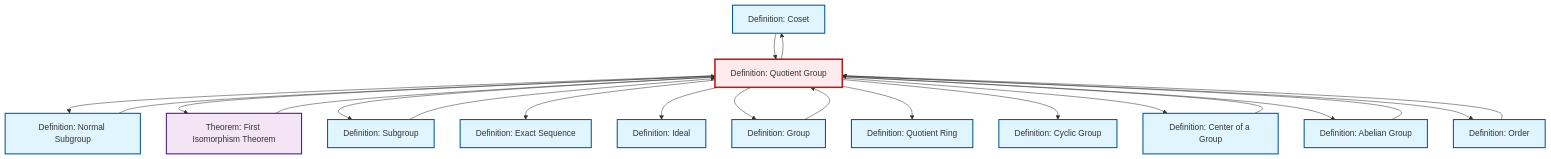
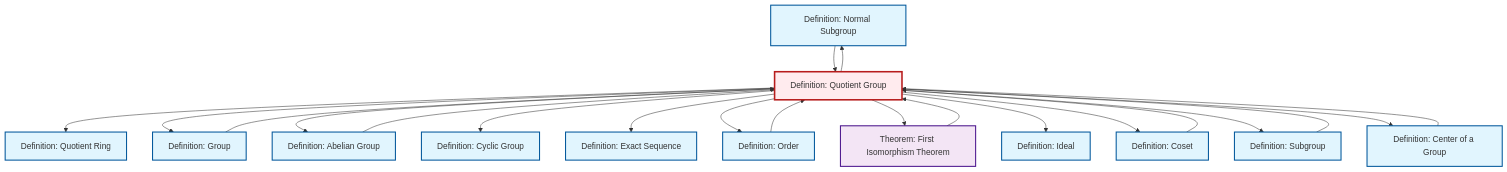
Before and after one commit to RK0429/ModernMath: the diagram in content/en/algebra/def-quotient-group.qmd, drawn with Mermaid. The commit also changed other lines of this file and 1069 other files, not shown here.

````diff
--- a/content/en/algebra/def-quotient-group.qmd
+++ b/content/en/algebra/def-quotient-group.qmd
@@ -150,55 +150,55 @@
 ```{mermaid}
 %%| fig-cap: "Local dependency graph"
 graph TD
     classDef definition fill:#e1f5fe,stroke:#01579b,stroke-width:2px
     classDef theorem fill:#f3e5f5,stroke:#4a148c,stroke-width:2px
     classDef axiom fill:#fff3e0,stroke:#e65100,stroke-width:2px
     classDef example fill:#e8f5e9,stroke:#1b5e20,stroke-width:2px
     classDef current fill:#ffebee,stroke:#b71c1c,stroke-width:3px
+    def-ideal["Definition: Ideal"]:::definition
+    def-cyclic-group["Definition: Cyclic Group"]:::definition
+    def-normal-subgroup["Definition: Normal Subgroup"]:::definition
+    def-quotient-ring["Definition: Quotient Ring"]:::definition
+    def-exact-sequence["Definition: Exact Sequence"]:::definition
+    def-order["Definition: Order"]:::definition
+    def-subgroup["Definition: Subgroup"]:::definition
+    thm-first-isomorphism["Theorem: First Isomorphism Theorem"]:::theorem
+    def-quotient-group["Definition: Quotient Group"]:::definition
+    def-abelian-group["Definition: Abelian Group"]:::definition
+    def-center-of-group["Definition: Center of a Group"]:::definition
     def-coset["Definition: Coset"]:::definition
-    def-cyclic-group["Definition: Cyclic Group"]:::definition
-    def-quotient-ring["Definition: Quotient Ring"]:::definition
-    thm-first-isomorphism["Theorem: First Isomorphism Theorem"]:::theorem
     def-group["Definition: Group"]:::definition
-    def-center-of-group["Definition: Center of a Group"]:::definition
-    def-order["Definition: Order"]:::definition
-    def-quotient-group["Definition: Quotient Group"]:::definition
-    def-subgroup["Definition: Subgroup"]:::definition
-    def-ideal["Definition: Ideal"]:::definition
-    def-normal-subgroup["Definition: Normal Subgroup"]:::definition
-    def-abelian-group["Definition: Abelian Group"]:::definition
-    def-exact-sequence["Definition: Exact Sequence"]:::definition
+    def-quotient-group --> def-quotient-ring
+    def-subgroup --> def-quotient-group
+    def-normal-subgroup --> def-quotient-group
+    def-quotient-group --> def-group
+    thm-first-isomorphism --> def-quotient-group
     def-quotient-group --> def-normal-subgroup
-    def-subgroup --> def-quotient-group
+    def-coset --> def-quotient-group
+    def-quotient-group --> def-abelian-group
+    def-quotient-group --> def-cyclic-group
+    def-quotient-group --> def-exact-sequence
+    def-quotient-group --> def-order
     def-quotient-group --> thm-first-isomorphism
+    def-quotient-group --> def-ideal
+    def-order --> def-quotient-group
+    def-group --> def-quotient-group
+    def-center-of-group --> def-quotient-group
+    def-quotient-group --> def-coset
     def-quotient-group --> def-subgroup
     def-abelian-group --> def-quotient-group
-    def-quotient-group --> def-exact-sequence
-    def-quotient-group --> def-ideal
-    thm-first-isomorphism --> def-quotient-group
-    def-quotient-group --> def-group
-    def-quotient-group --> def-quotient-ring
-    def-coset --> def-quotient-group
-    def-center-of-group --> def-quotient-group
-    def-quotient-group --> def-cyclic-group
-    def-order --> def-quotient-group
     def-quotient-group --> def-center-of-group
-    def-quotient-group --> def-coset
-    def-quotient-group --> def-abelian-group
-    def-quotient-group --> def-order
-    def-group --> def-quotient-group
-    def-normal-subgroup --> def-quotient-group
     class def-quotient-group current
-    click def-coset "def-coset.html" "Go to Coset definition"
+    click def-ideal "def-ideal.html" "Go to Ideal definition"
     click def-cyclic-group "def-cyclic-group.html" "Go to Cyclic Group definition"
+    click def-normal-subgroup "def-normal-subgroup.html" "Go to Normal Subgroup definition"
     click def-quotient-ring "def-quotient-ring.html" "Go to Quotient Ring definition"
-    click thm-first-isomorphism "thm-first-isomorphism.html" "Go to First Isomorphism Theorem theorem"
-    click def-group "def-group.html" "Go to Group definition"
-    click def-center-of-group "def-center-of-group.html" "Go to Center of a Group definition"
+    click def-exact-sequence "def-exact-sequence.html" "Go to Exact Sequence definition"
     click def-order "def-order.html" "Go to Order definition"
     click def-subgroup "def-subgroup.html" "Go to Subgroup definition"
-    click def-ideal "def-ideal.html" "Go to Ideal definition"
-    click def-normal-subgroup "def-normal-subgroup.html" "Go to Normal Subgroup definition"
+    click thm-first-isomorphism "thm-first-isomorphism.html" "Go to First Isomorphism Theorem theorem"
     click def-abelian-group "def-abelian-group.html" "Go to Abelian Group definition"
-    click def-exact-sequence "def-exact-sequence.html" "Go to Exact Sequence definition"
+    click def-center-of-group "def-center-of-group.html" "Go to Center of a Group definition"
+    click def-coset "def-coset.html" "Go to Coset definition"
+    click def-group "def-group.html" "Go to Group definition"
 ```
````
